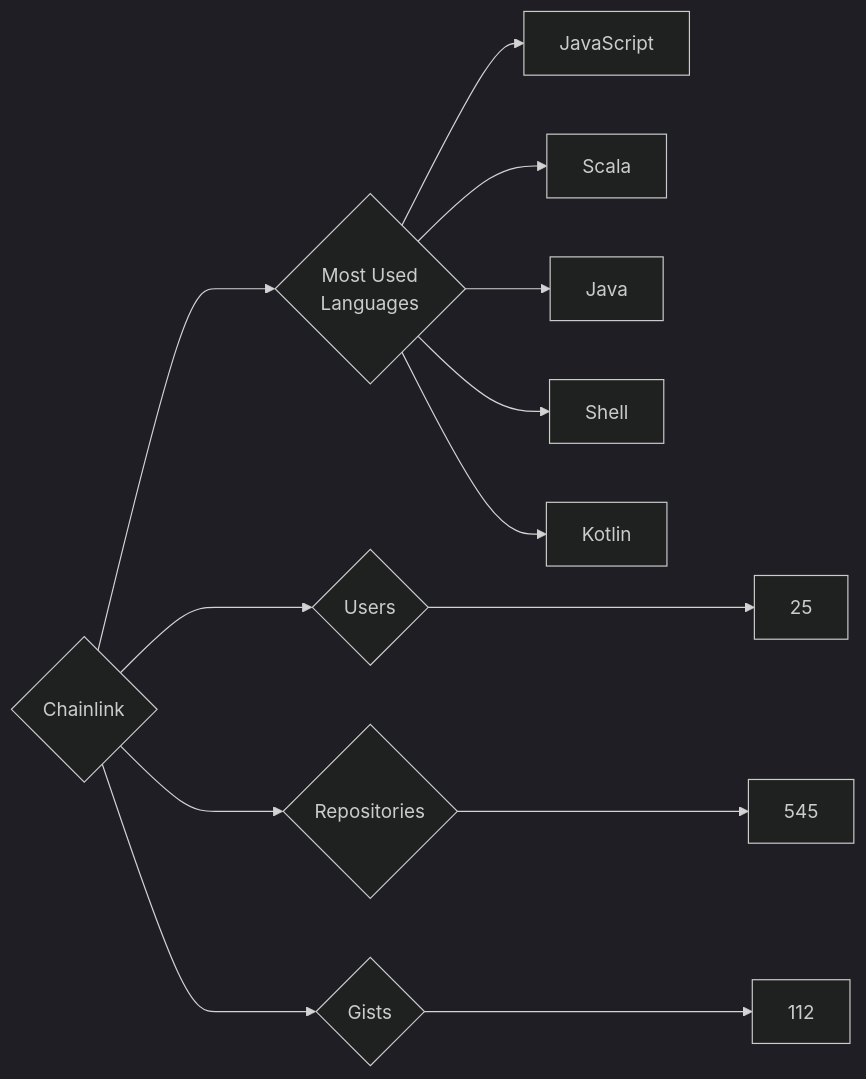
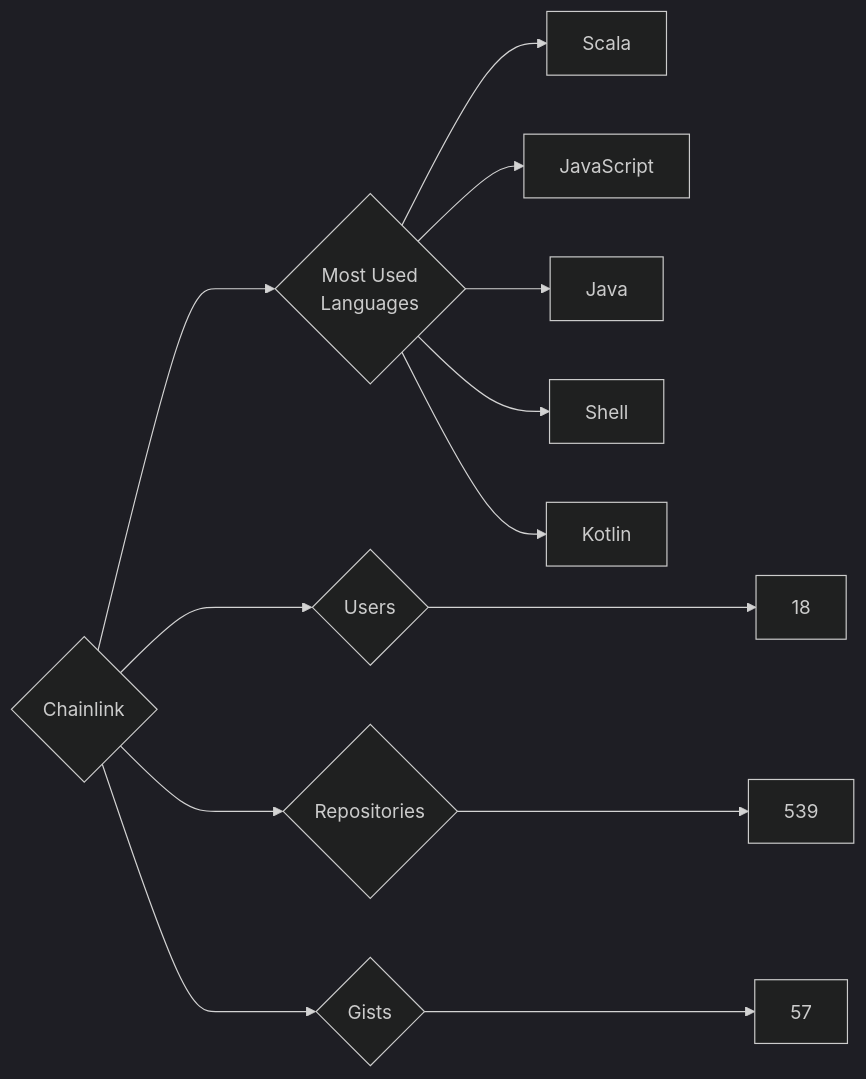
The diagram in targets/Chainlink/README.md (trickest/insiders), drawn with Mermaid (dark theme) before and after one commit. The commit also changed 895 other files, not shown here.

````diff
--- a/targets/Chainlink/README.md
+++ b/targets/Chainlink/README.md
@@ -3,13 +3,13 @@
 ```mermaid
 graph LR
 COMPANY_NAME{Chainlink}
-COMPANY_NAME ---> U{Users} ---> UN[25]
-COMPANY_NAME ---> R{Repositories} ---> RN[545]
-COMPANY_NAME ---> G{Gists} ---> GN[112]
+COMPANY_NAME ---> U{Users} ---> UN[18]
+COMPANY_NAME ---> R{Repositories} ---> RN[539]
+COMPANY_NAME ---> G{Gists} ---> GN[57]
 COMPANY_NAME ---> ML{Most Used<br>Languages}
+ML --> Scala[Scala]
 ML --> JavaScript[JavaScript]
-ML --> Scala[Scala]
 ML --> Java[Java]
 ML --> Shell[Shell]
 ML --> Kotlin[Kotlin]
 ```
````
